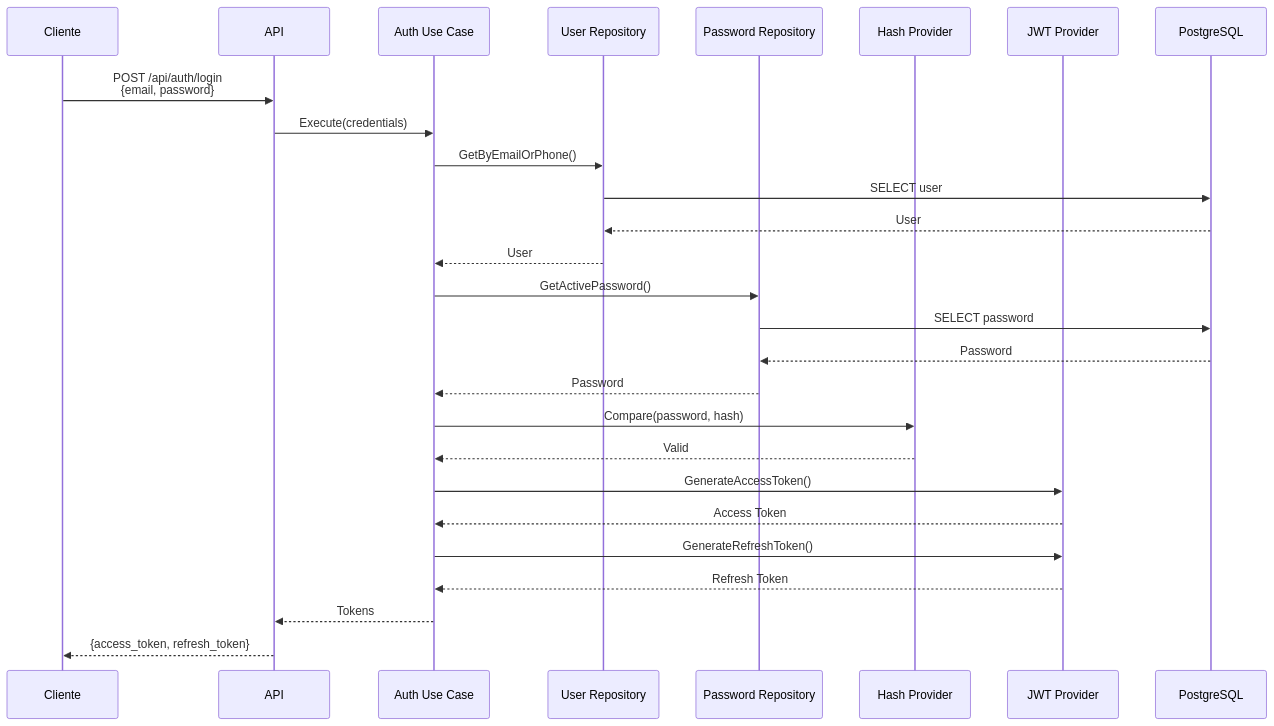
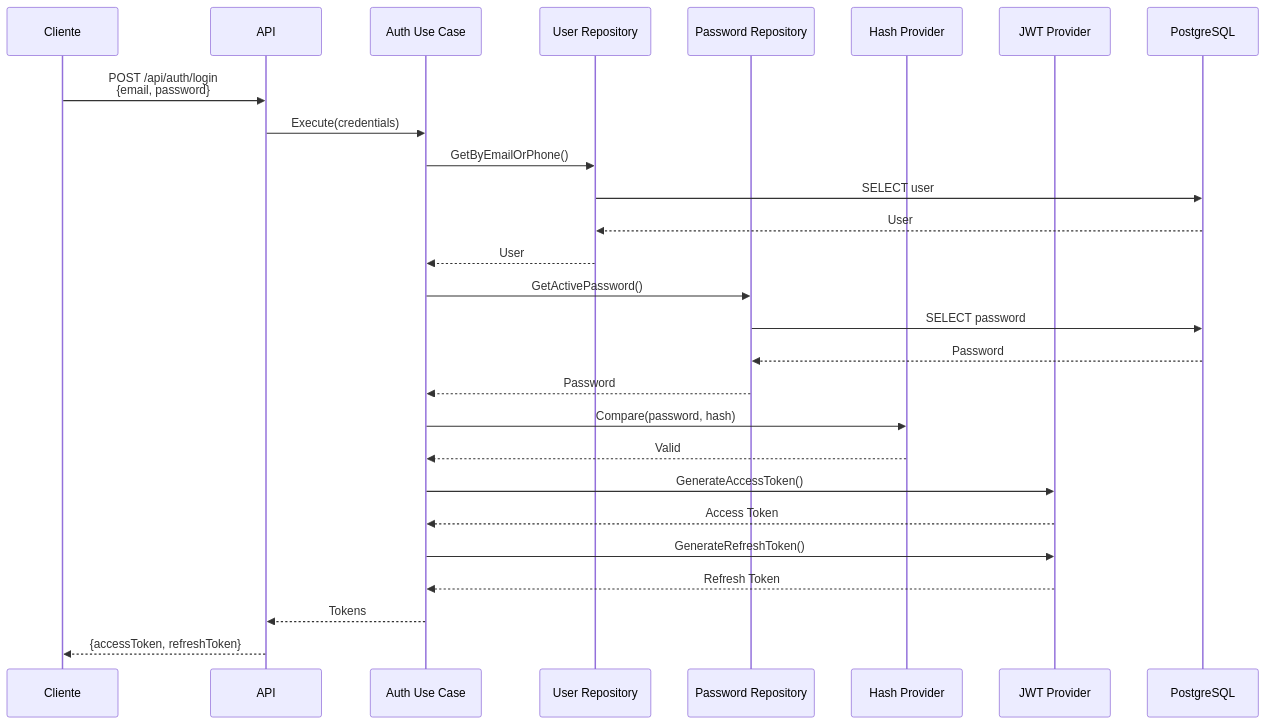
Before and after one commit to Simon3640/GoProjectSkeleton: diagram 19 of 26 in README.md, drawn with Mermaid. The commit also changed other lines of this file and 13 other files, not shown here.

````diff
--- a/README.md
+++ b/README.md
@@ -3137,34 +3137,34 @@
 ```mermaid
 sequenceDiagram
     participant Client as Cliente
     participant API as API
     participant AuthUC as Auth Use Case
     participant UserRepo as User Repository
     participant PassRepo as Password Repository
     participant Hash as Hash Provider
     participant JWT as JWT Provider
     participant DB as PostgreSQL
 
     Client->>API: POST /api/auth/login<br/>{email, password}
     API->>AuthUC: Execute(credentials)
     AuthUC->>UserRepo: GetByEmailOrPhone()
     UserRepo->>DB: SELECT user
     DB-->>UserRepo: User
     UserRepo-->>AuthUC: User
 
     AuthUC->>PassRepo: GetActivePassword()
     PassRepo->>DB: SELECT password
     DB-->>PassRepo: Password
     PassRepo-->>AuthUC: Password
 
     AuthUC->>Hash: Compare(password, hash)
     Hash-->>AuthUC: Valid
 
     AuthUC->>JWT: GenerateAccessToken()
     JWT-->>AuthUC: Access Token
     AuthUC->>JWT: GenerateRefreshToken()
     JWT-->>AuthUC: Refresh Token
 
     AuthUC-->>API: Tokens
-    API-->>Client: {access_token, refresh_token}
+    API-->>Client: {accessToken, refreshToken}
 ```
````
